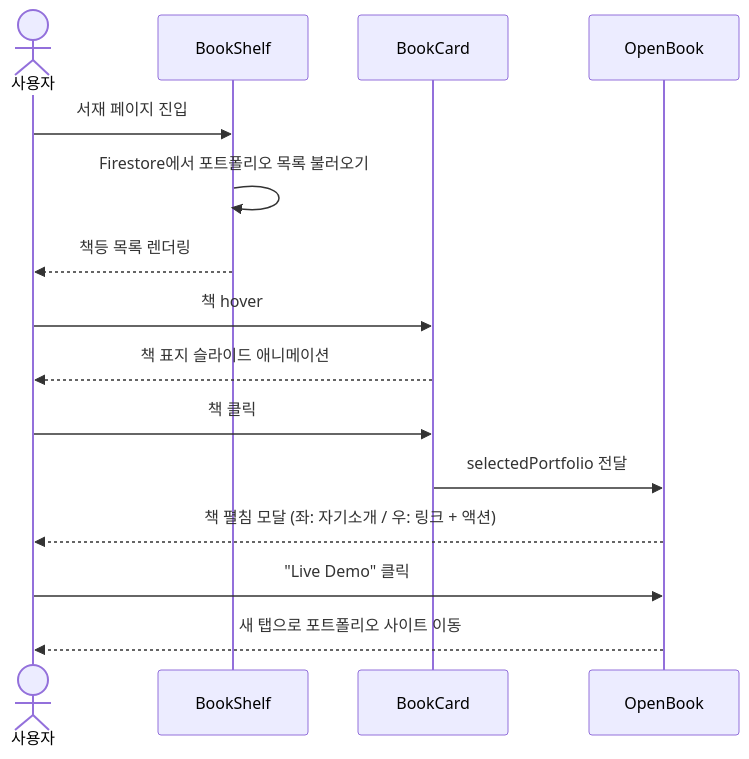
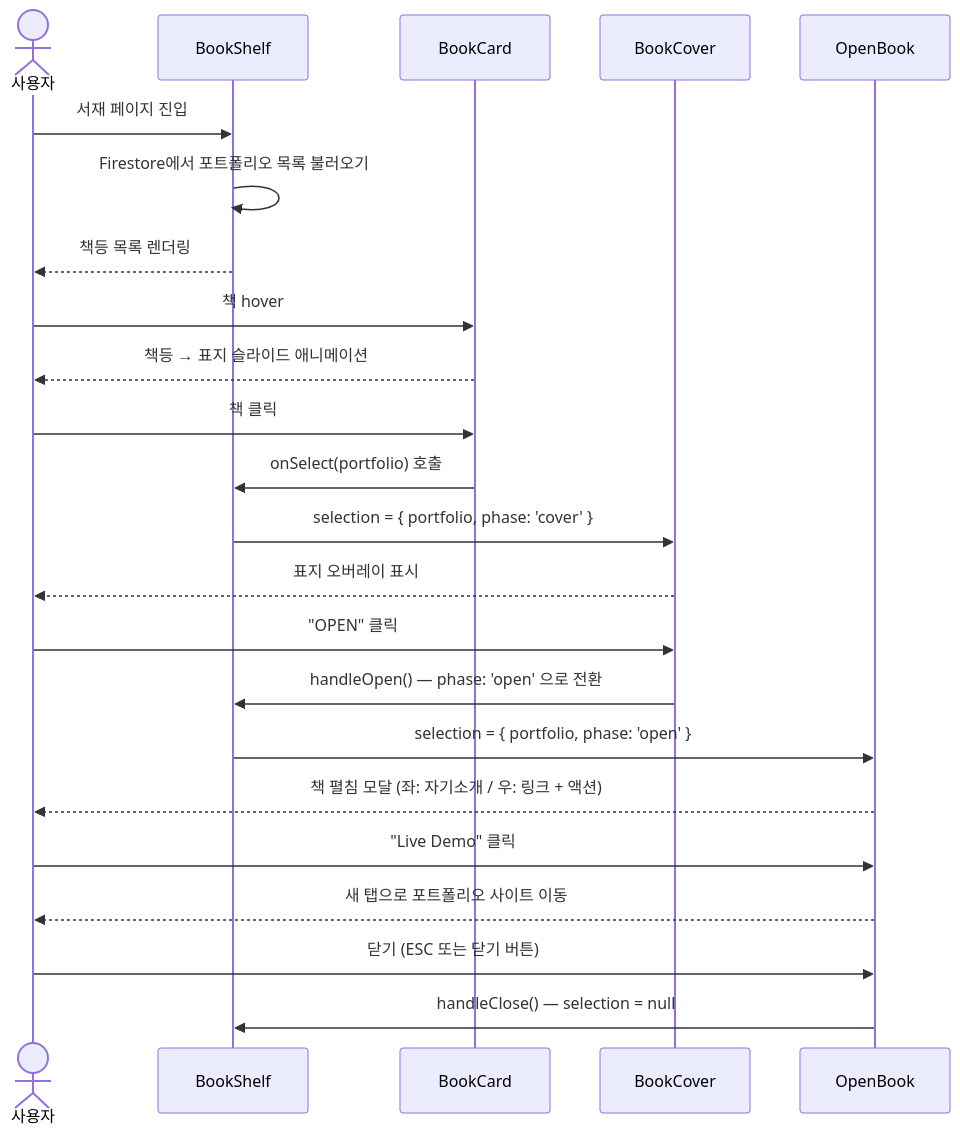
Before and after one commit to front-jeju/devshelf: the fifth of 7 diagrams in README.md, drawn with Mermaid. The commit also changed other lines of this file, not shown here.

````diff
--- a/README.md
+++ b/README.md
@@ -346,18 +439,26 @@
 ```mermaid
 sequenceDiagram
     actor U as 사용자
     participant Shelf as BookShelf
     participant Card as BookCard
+    participant Cover as BookCover
     participant Open as OpenBook
 
     U->>Shelf: 서재 페이지 진입
     Shelf->>Shelf: Firestore에서 포트폴리오 목록 불러오기
     Shelf-->>U: 책등 목록 렌더링
     U->>Card: 책 hover
-    Card-->>U: 책 표지 슬라이드 애니메이션
+    Card-->>U: 책등 → 표지 슬라이드 애니메이션
     U->>Card: 책 클릭
-    Card->>Open: selectedPortfolio 전달
+    Card->>Shelf: onSelect(portfolio) 호출
+    Shelf->>Cover: selection = { portfolio, phase: 'cover' }
+    Cover-->>U: 표지 오버레이 표시
+    U->>Cover: "OPEN" 클릭
+    Cover->>Shelf: handleOpen() — phase: 'open' 으로 전환
+    Shelf->>Open: selection = { portfolio, phase: 'open' }
     Open-->>U: 책 펼침 모달 (좌: 자기소개 / 우: 링크 + 액션)
     U->>Open: "Live Demo" 클릭
     Open-->>U: 새 탭으로 포트폴리오 사이트 이동
+    U->>Open: 닫기 (ESC 또는 닫기 버튼)
+    Open->>Shelf: handleClose() — selection = null
 ```
````
